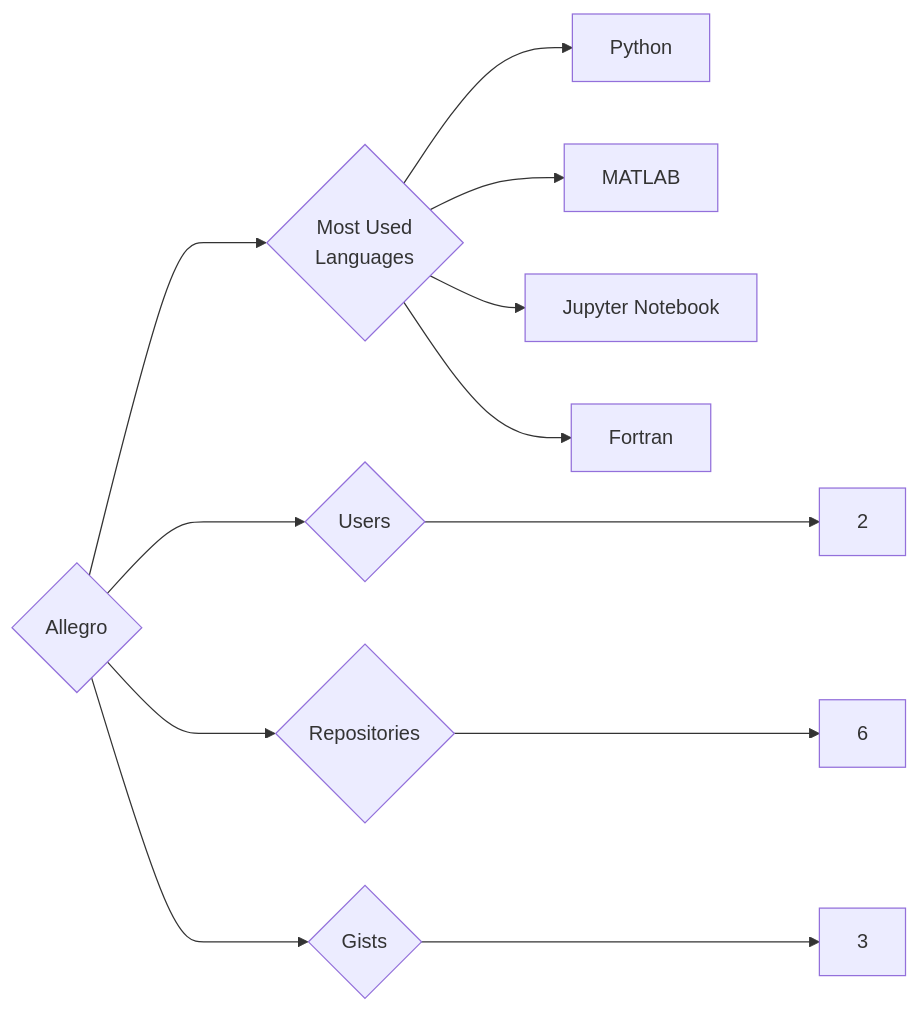
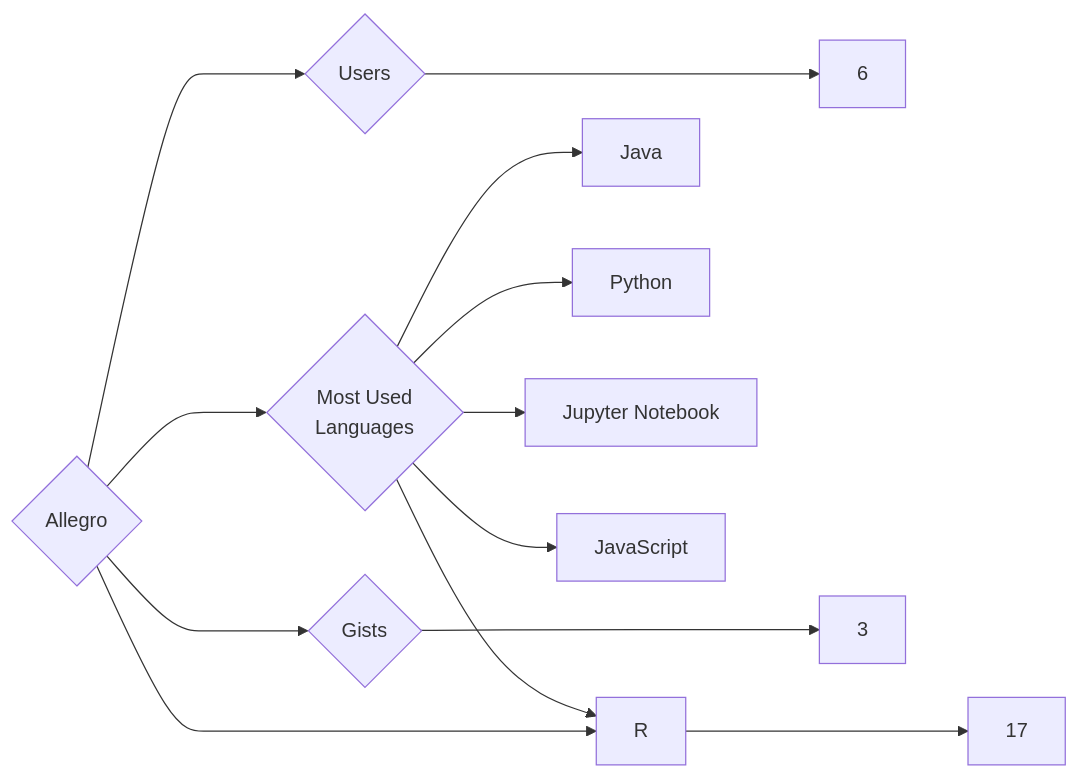
Before and after one commit to trickest/insiders: the diagram in targets/Allegro/README.md, drawn with Mermaid. The commit also changed 1092 other files, not shown here.

````diff
--- a/targets/Allegro/README.md
+++ b/targets/Allegro/README.md
@@ -3,12 +3,13 @@
 ```mermaid
 graph LR
 COMPANY_NAME{Allegro}
-COMPANY_NAME ---> U{Users} ---> UN[2]
-COMPANY_NAME ---> R{Repositories} ---> RN[6]
+COMPANY_NAME ---> U{Users} ---> UN[6]
+COMPANY_NAME ---> R{Repositories} ---> RN[17]
 COMPANY_NAME ---> G{Gists} ---> GN[3]
 COMPANY_NAME ---> ML{Most Used<br>Languages}
+ML --> Java[Java]
 ML --> Python[Python]
-ML --> MATLAB[MATLAB]
 ML --> Jupyter_Notebook[Jupyter Notebook]
-ML --> Fortran[Fortran]
+ML --> JavaScript[JavaScript]
+ML --> R[R]
 ```
````
